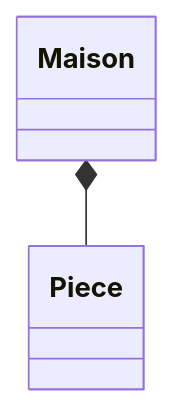
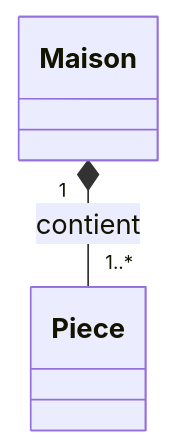
One commit to JR-CIEL-2-PROGRAMMATION/uml-learning changed the fifth of 9 diagrams in 02-diagramme-classes/notes.md. Above: the diagram before and after it, drawn with Mermaid. The commit also changed other lines of this file and 5 other files, not shown here.

````diff
--- a/02-diagramme-classes/notes.md
+++ b/02-diagramme-classes/notes.md
@@ -54,4 +116,4 @@
 ```mermaid
 classDiagram
-    Maison *-- Piece
+    Maison "1" *-- "1..*" Piece : contient
 ```
````
